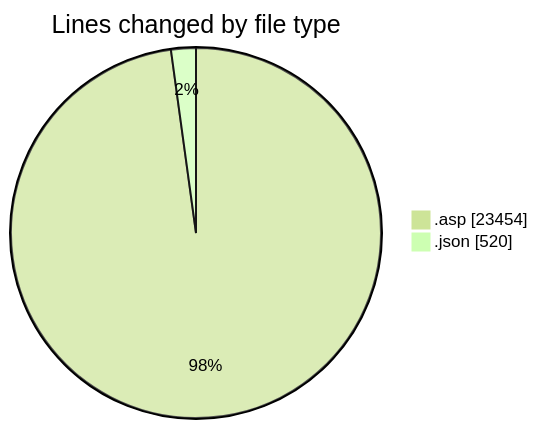
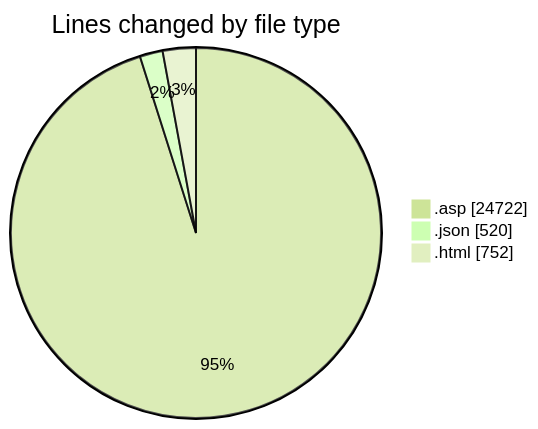
The first of 2 diagrams in 2025-11-01/cdp_aleoudev_fr__workspace_/README.md (julien-gomy/code-tracking), drawn with Mermaid (forest theme) before and after one commit. The commit also changed other lines of this file and 1 other file, not shown here.

````diff
--- a/2025-11-01/cdp_aleoudev_fr__workspace_/README.md
+++ b/2025-11-01/cdp_aleoudev_fr__workspace_/README.md
@@ -31,6 +33,7 @@
 ```mermaid
 pie showData
 title Lines changed by file type
-".asp" : 23454
+".asp" : 24722
 ".json" : 520
+".html" : 752
 ```
````
